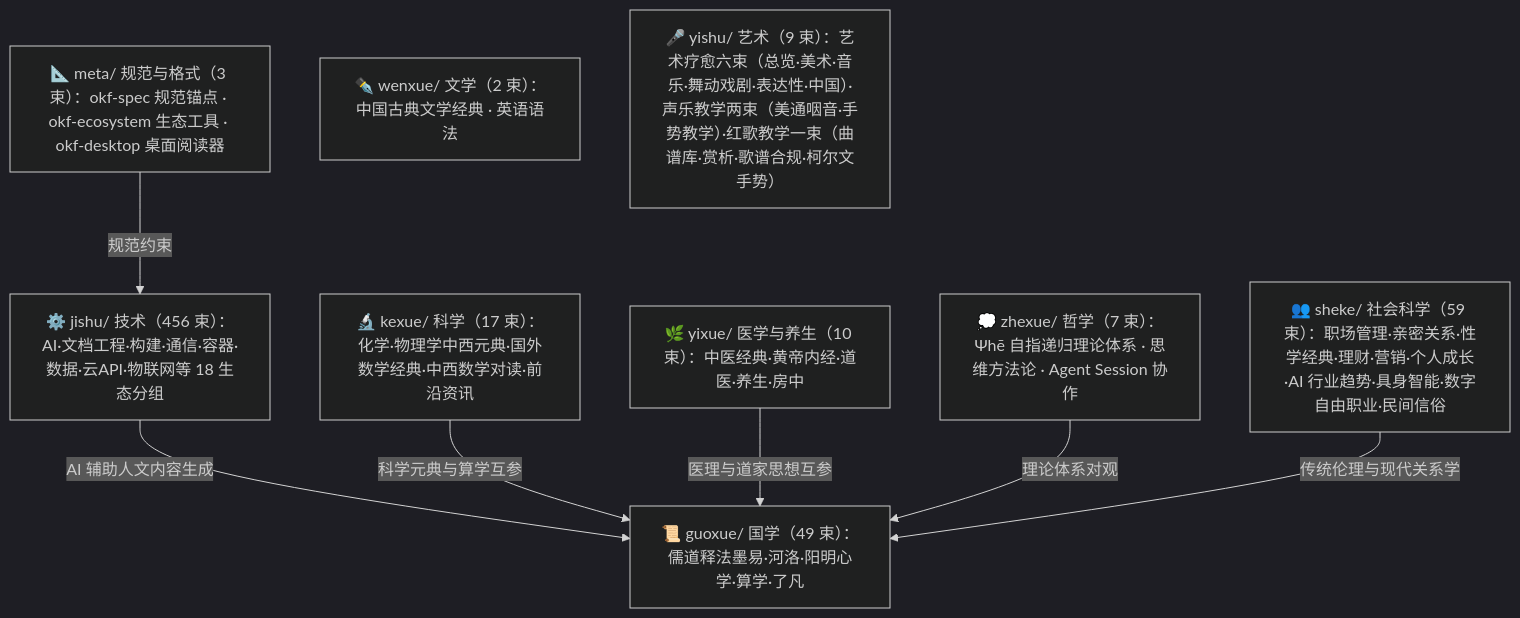
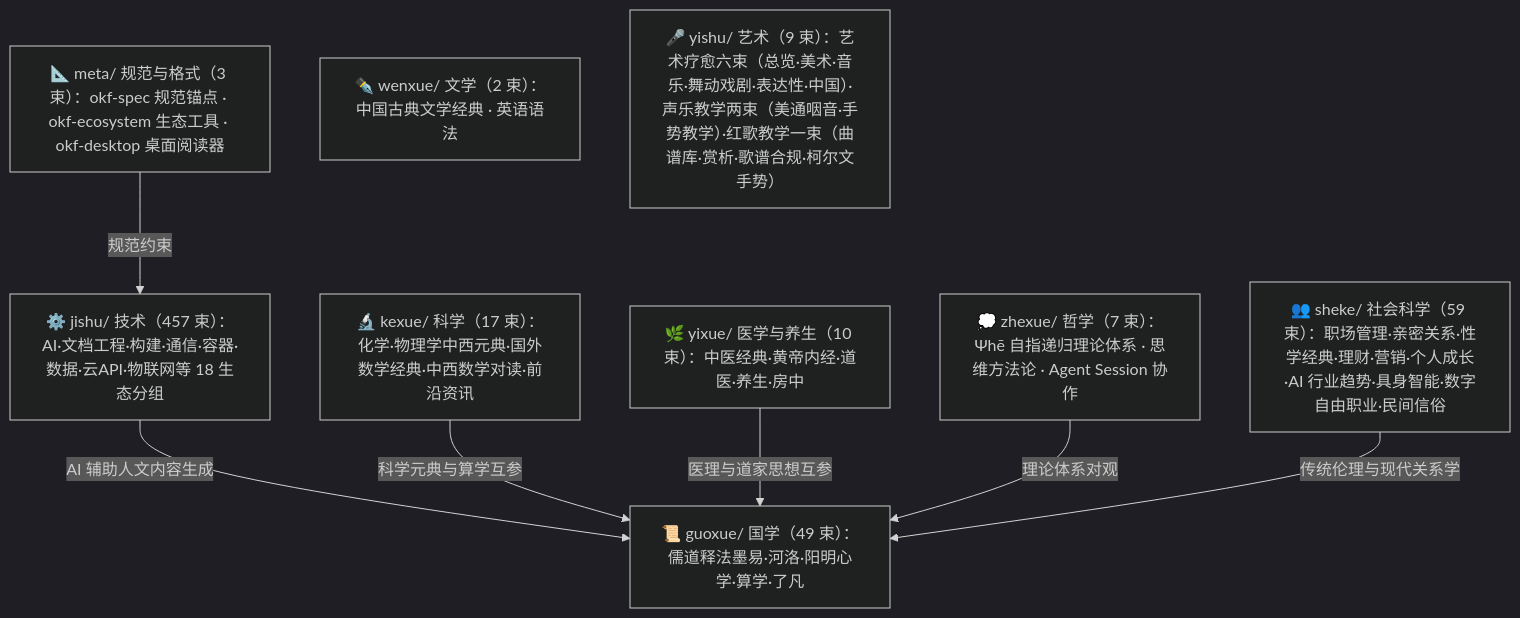
Before and after one commit to awesome-flexloop/awesome-okf: the diagram in doc/bundles/index.md, drawn with Mermaid (dark theme). The commit also changed other lines of this file and 13 other files, not shown here.

````diff
--- a/doc/bundles/index.md
+++ b/doc/bundles/index.md
@@ -21,18 +21,18 @@
 ```mermaid
 flowchart TD
     meta["📐 meta/ 规范与格式（3 束）：okf-spec 规范锚点 · okf-ecosystem 生态工具 · okf-desktop 桌面阅读器"]
     guoxue["📜 guoxue/ 国学（49 束）：儒道释法墨易·河洛·阳明心学·算学·了凡"]
     zhexue["💭 zhexue/ 哲学（7 束）：Ψhē 自指递归理论体系 · 思维方法论 · Agent Session 协作"]
     kexue["🔬 kexue/ 科学（17 束）：化学·物理学中西元典·国外数学经典·中西数学对读·前沿资讯"]
     wenxue["✒️ wenxue/ 文学（2 束）：中国古典文学经典 · 英语语法"]
     yixue["🌿 yixue/ 医学与养生（10 束）：中医经典·黄帝内经·道医·养生·房中"]
     sheke["👥 sheke/ 社会科学（59 束）：职场管理·亲密关系·性学经典·理财·营销·个人成长·AI 行业趋势·具身智能·数字自由职业·民间信俗"]
     yishu["🎤 yishu/ 艺术（9 束）：艺术疗愈六束（总览·美术·音乐·舞动戏剧·表达性·中国）·声乐教学两束（美通咽音·手势教学）·红歌教学一束（曲谱库·赏析·歌谱合规·柯尔文手势）"]
-    jishu["⚙️ jishu/ 技术（456 束）：AI·文档工程·构建·通信·容器·数据·云API·物联网等 18 生态分组"]
+    jishu["⚙️ jishu/ 技术（457 束）：AI·文档工程·构建·通信·容器·数据·云API·物联网等 18 生态分组"]
     meta -->|"规范约束"| jishu
     jishu -->|"AI 辅助人文内容生成"| guoxue
     kexue -->|"科学元典与算学互参"| guoxue
     yixue -->|"医理与道家思想互参"| guoxue
     zhexue -->|"理论体系对观"| guoxue
     sheke -->|"传统伦理与现代关系学"| guoxue
 ```
````
